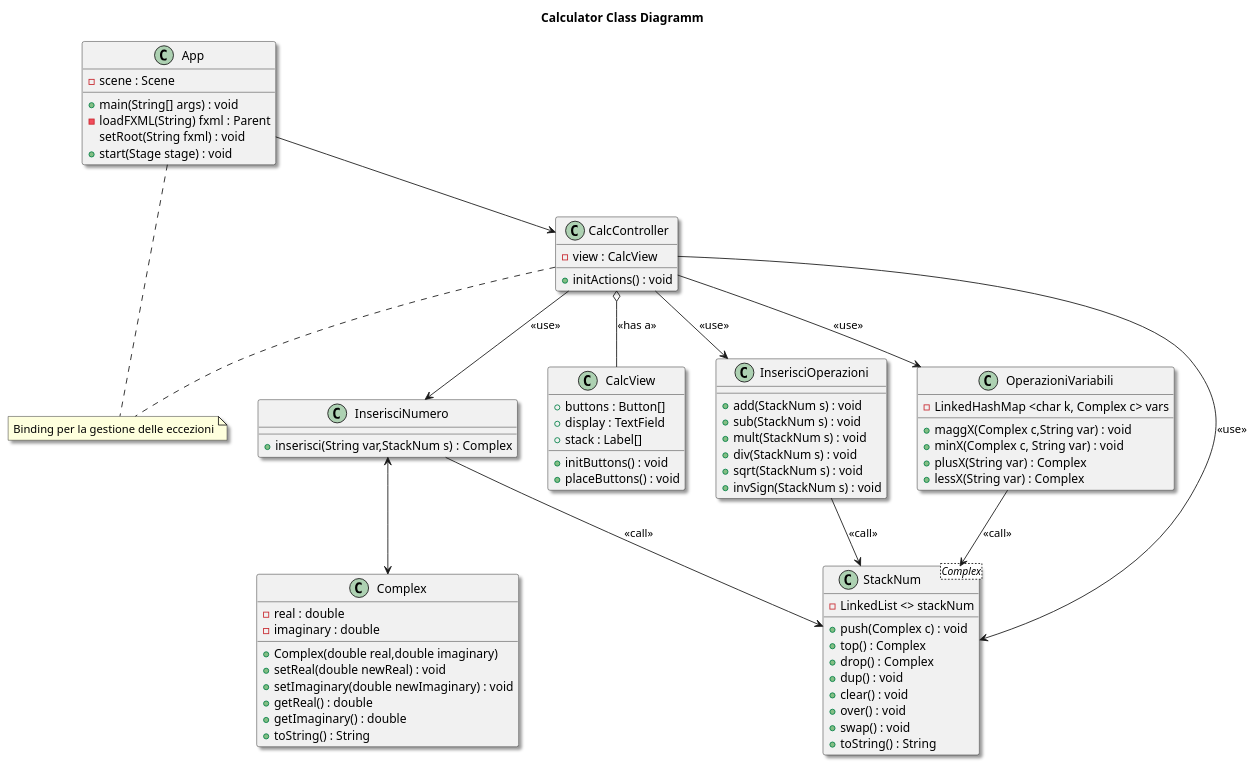
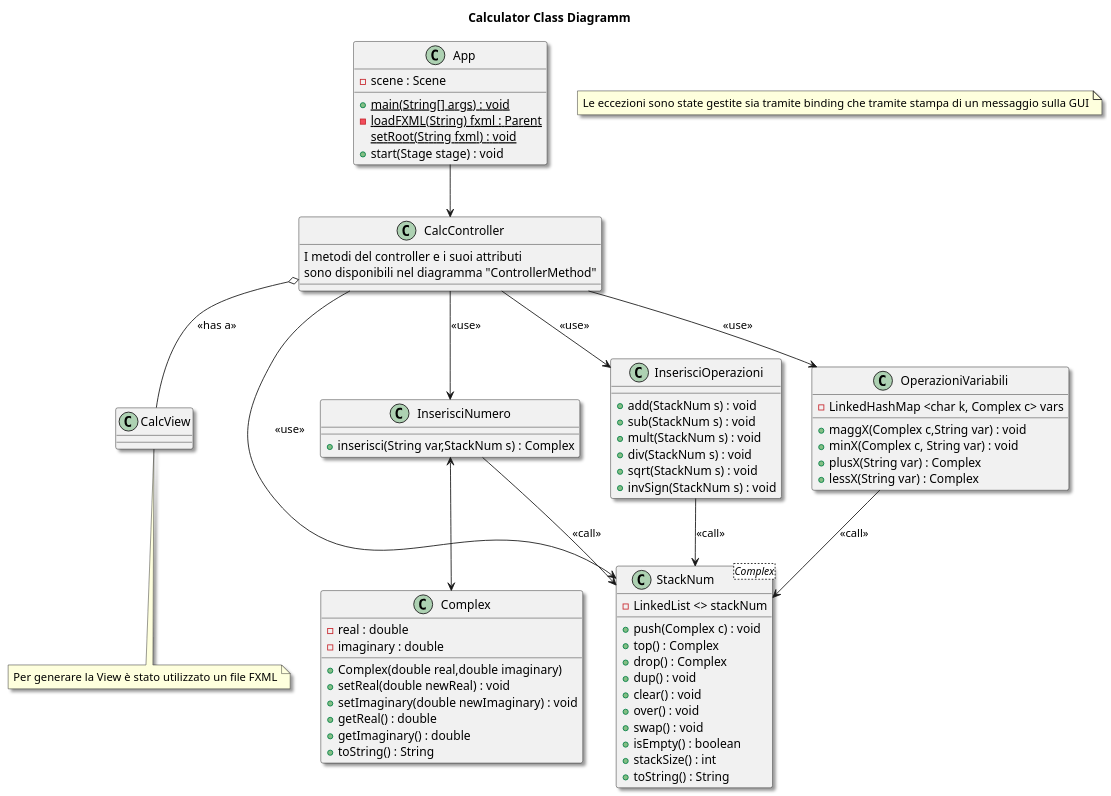
Before and after one commit to LuciaNancyLavista/Gruppo06_software_eng_L.I.V.P: the diagram in CalcolatriceProgrammabile/Diagrams/Class Diagrams/ClassDiagrammDefinitivo.puml, drawn with PlantUML. The commit also changed 2 other files, not shown here.

Commit message:
Aggiornamento Diagramma
Aggiunto digramma per i metodi del controller
Corretti alcuni nomi nelle eccezioni
Corretto il class Diagram con le nuove classi

```diff
--- a/CalcolatriceProgrammabile/Diagrams/Class Diagrams/ClassDiagrammDefinitivo.puml
+++ b/CalcolatriceProgrammabile/Diagrams/Class Diagrams/ClassDiagrammDefinitivo.puml
@@ -1,95 +1,93 @@
 @startuml classDiagramm
 skinparam shadowing true
 title Calculator Class Diagramm 
 
-note "Binding per la gestione delle eccezioni" as N1
+note "Per generare la View è stato utilizzato un file FXML" as N1
+note "Le eccezioni sono state gestite sia tramite binding che tramite stampa di un messaggio sulla GUI" as N2
 
 
 class StackNum<Complex>{
     - LinkedList <> stackNum
     + push(Complex c) : void 
     + top() : Complex
     + drop() : Complex
     + dup() : void
     + clear() : void
     + over() : void
     + swap() : void
+    + isEmpty() : boolean
+    + stackSize() : int 
     + toString() : String 
 }
 
 
 
 class App{
     - scene : Scene
-    + main(String[] args) : void
-    - loadFXML(String) fxml : Parent
-      setRoot(String fxml) : void
+    + {static} main(String[] args) : void
+    - {static} loadFXML(String) fxml : Parent
+    {static}setRoot(String fxml) : void
     + start(Stage stage) : void
 }
 
 class CalcController{
-    - view : CalcView
-    + initActions() : void 
+    I metodi del controller e i suoi attributi 
+    sono disponibili nel diagramma "ControllerMethod"
 }
 class CalcView{
-    + buttons : Button[]
-    + display : TextField
-    + stack : Label[] 
-    + initButtons() : void
-    + placeButtons() : void 
+    
 }
 
 class InserisciNumero{
     + inserisci(String var,StackNum s) : Complex 
 }
 
 class Complex{
     - real : double
     - imaginary : double
     + Complex(double real,double imaginary)
     + setReal(double newReal) : void 
     + setImaginary(double newImaginary) : void
     + getReal() : double
     + getImaginary() : double
     + toString() : String
 }
 
 class InserisciOperazioni{
     + add(StackNum s) : void
     + sub(StackNum s) : void 
     + mult(StackNum s) : void
     + div(StackNum s) : void
     + sqrt(StackNum s) : void
     + invSign(StackNum s) : void
 }
 
 class OperazioniVariabili{
     - LinkedHashMap <char k, Complex c> vars
     + maggX(Complex c,String var) : void
     + minX(Complex c, String var) : void
     + plusX(String var) : Complex
     + lessX(String var) : Complex
 }
 
 App --> CalcController
 
-CalcController .. N1
-App .. N1
+CalcView .. N1
 
 CalcController --> InserisciOperazioni : <<use>>
 CalcController --> InserisciNumero : <<use>>
 CalcController --> StackNum : <<use>>
 CalcController --> OperazioniVariabili : <<use>>
 CalcController o-- CalcView : <<has a>>
 
 
 InserisciNumero <--> Complex
 
 
 OperazioniVariabili --> StackNum : <<call>>
 InserisciOperazioni --> StackNum : <<call>>
 InserisciNumero --> StackNum : <<call>>
 
 
 
 @enduml
```
